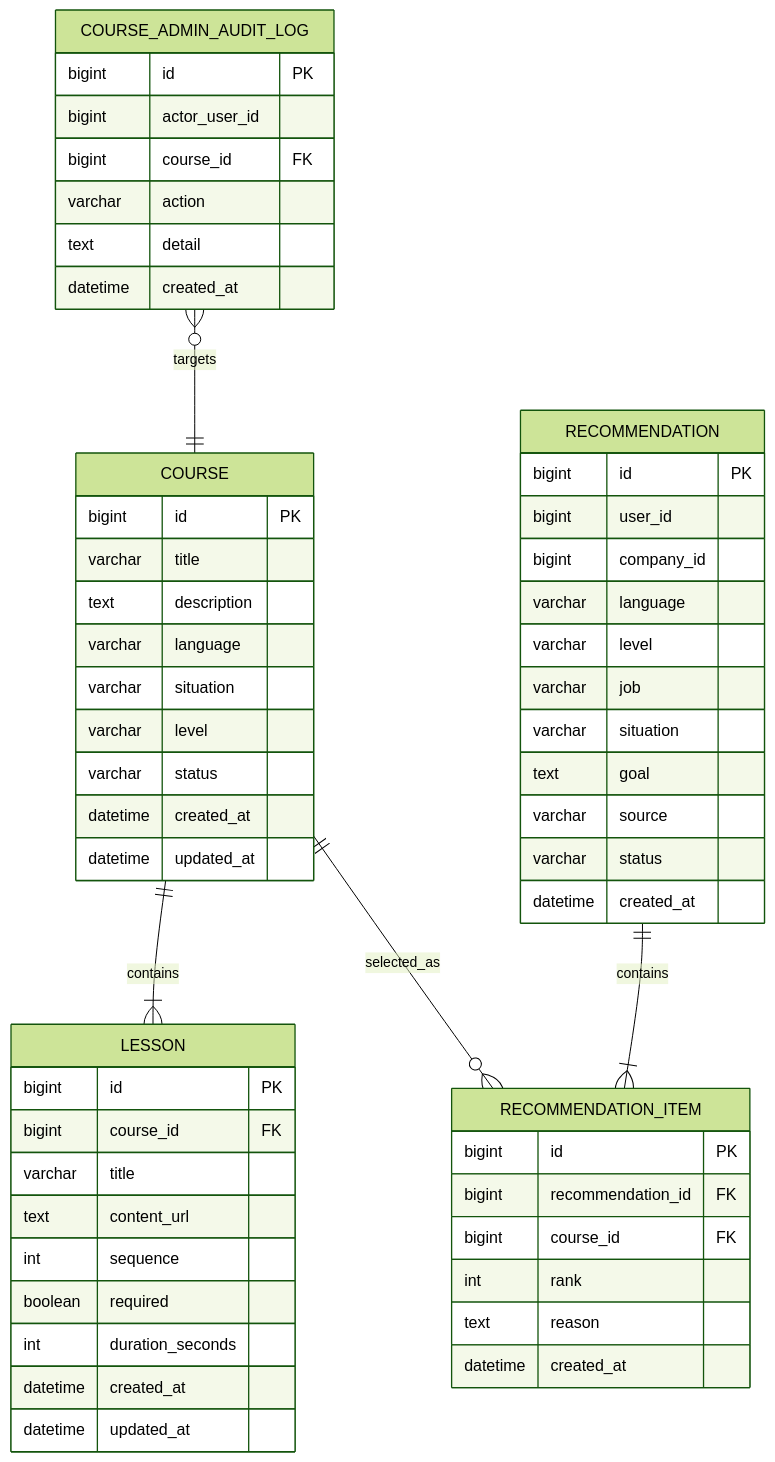
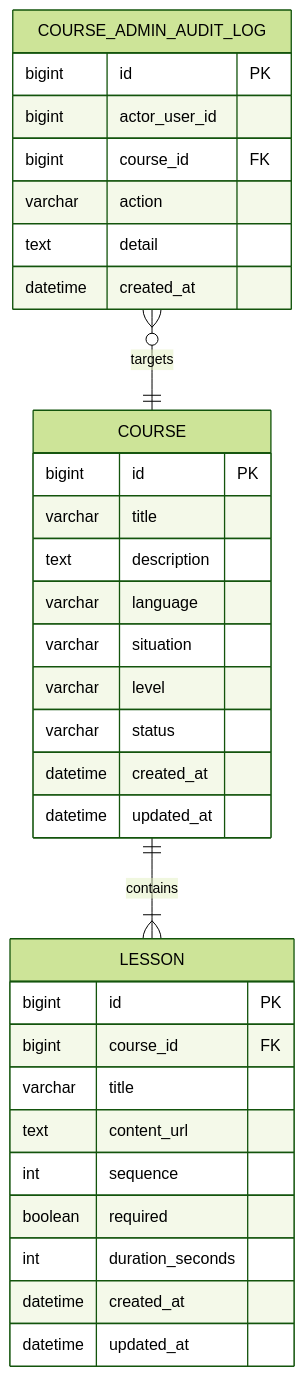
Before and after one commit to skala-msa-team/linguaroute-msa: the third of 6 diagrams in docs/erd.md, drawn with Mermaid (forest theme). The commit also changed other lines of this file and 6 other files, not shown here.

````diff
--- a/docs/erd.md
+++ b/docs/erd.md
@@ -137,63 +139,38 @@
 ```mermaid
 erDiagram
     COURSE ||--|{ LESSON : contains
-    RECOMMENDATION ||--|{ RECOMMENDATION_ITEM : contains
-    COURSE ||--o{ RECOMMENDATION_ITEM : selected_as
     COURSE_ADMIN_AUDIT_LOG }o--|| COURSE : targets
 
     COURSE {
         bigint id PK
         varchar title
         text description
         varchar language
         varchar situation
         varchar level
         varchar status
         datetime created_at
         datetime updated_at
     }
 
     LESSON {
         bigint id PK
         bigint course_id FK
         varchar title
         text content_url
         int sequence
         boolean required
         int duration_seconds
         datetime created_at
         datetime updated_at
     }
 
-    RECOMMENDATION {
-        bigint id PK
-        bigint user_id
-        bigint company_id
-        varchar language
-        varchar level
-        varchar job
-        varchar situation
-        text goal
-        varchar source
-        varchar status
-        datetime created_at
-    }
-
-    RECOMMENDATION_ITEM {
-        bigint id PK
-        bigint recommendation_id FK
-        bigint course_id FK
-        int rank
-        text reason
-        datetime created_at
-    }
-
     COURSE_ADMIN_AUDIT_LOG {
         bigint id PK
         bigint actor_user_id
         bigint course_id FK
         varchar action
         text detail
         datetime created_at
     }
 ```
````
